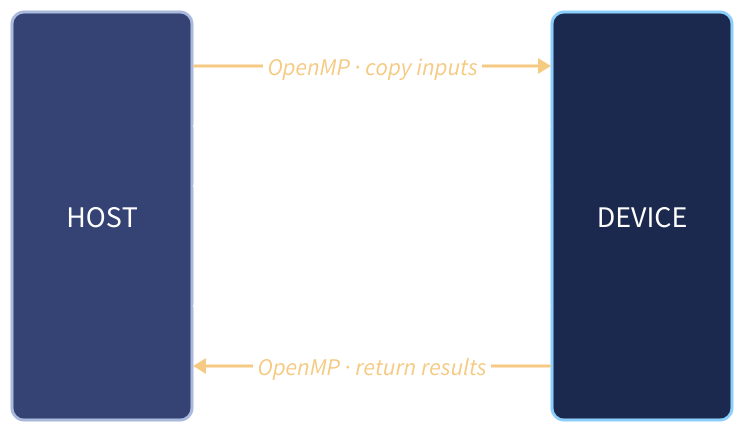
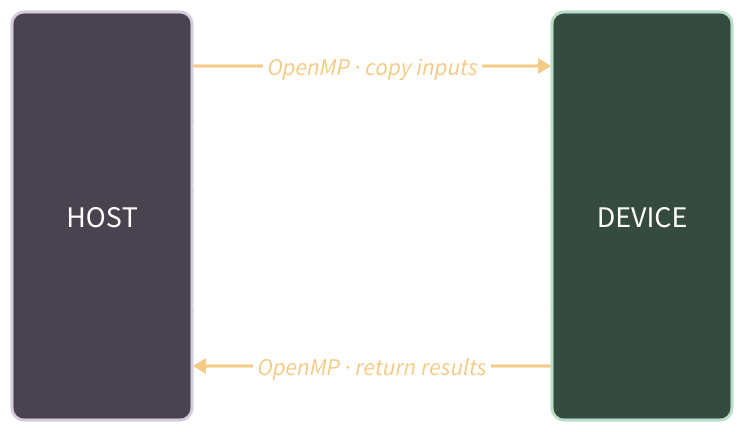
One commit to marshallward/waccpd26 changed the diagram in d2/device_residency.d2. Above: the diagram before and after it, drawn with D2. The commit also changed 26 other files, not shown here.

```diff
--- a/d2/device_residency.d2
+++ b/d2/device_residency.d2
@@ -1,71 +1,85 @@
 direction: right
 grid-columns: 2
 grid-gap: 360
 style.fill: transparent
+vars: {
+  d2-config: {
+    theme-overrides: {
+      N6: transparent
+    }
+  }
+}
 
 classes: {
   memory: {
     grid-columns: 1
     grid-gap: 48
     horizontal-gap: 0
     label.near: center-center
-    style.fill: "#344373"
-    style.stroke: "#aab9dc"
+    style.fill: "#49434f"
+    style.stroke: "#d5cbdc"
     style.font-color: "#ffffff"
     style.font-size: 30
     style.border-radius: 12
     style.stroke-width: 3
   }
   port: {
     label: ""
     width: 180
     height: 12
     style.opacity: 0
   }
   transfer: {
     style.stroke: "#f5ca83"
     style.font-color: "#f5ca83"
     style.font-size: 24
     style.stroke-width: 3
   }
   launch: {
+    style.italic: false
     style.stroke: "#ffffff"
     style.font-color: "#ffffff"
     style.font-size: 24
     style.stroke-width: 3
     style.stroke-dash: 5
   }
 }
 
 host: HOST {
   class: memory
   in: { class: port }
   k1: { class: port }
   k2: { class: port }
   more: { class: port }
   k3: { class: port }
   out: { class: port }
 }
 device: DEVICE {
   class: memory
-  style.fill: "#1c294e"
-  style.stroke: "#8dcffc"
+  style.fill: "#354b40"
+  style.stroke: "#b9dec5"
   in: { class: port }
   k1: { class: port }
   k2: { class: port }
   more: { class: port }
   k3: { class: port }
   out: { class: port }
 }
 
 # Matching grid rows give each operation its own attachment point.
 host.in -> device.in: OpenMP · copy inputs { class: transfer }
-host.k1 -> device.k1: do concurrent · launch { class: launch }
-host.k2 -> device.k2: do concurrent · launch { class: launch }
+host.k1 -> device.k1: |md
+  `do concurrent` · *launch*
+| { class: launch }
+host.k2 -> device.k2: |md
+  `do concurrent` · *launch*
+| { class: launch }
 host.more -> device.more: "…" {
   style.stroke: transparent
   style.font-color: "#ffffff"
   style.font-size: 32
 }
-host.k3 -> device.k3: do concurrent · launch { class: launch }
+host.k3 -> device.k3: |md
+  `do concurrent` · *launch*
+| { class: launch }
 host.out <- device.out: OpenMP · return results { class: transfer }
```
